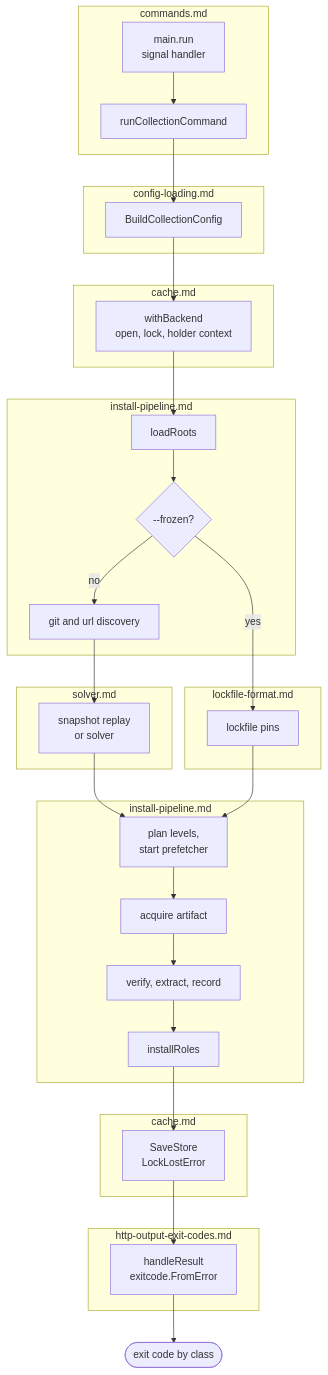
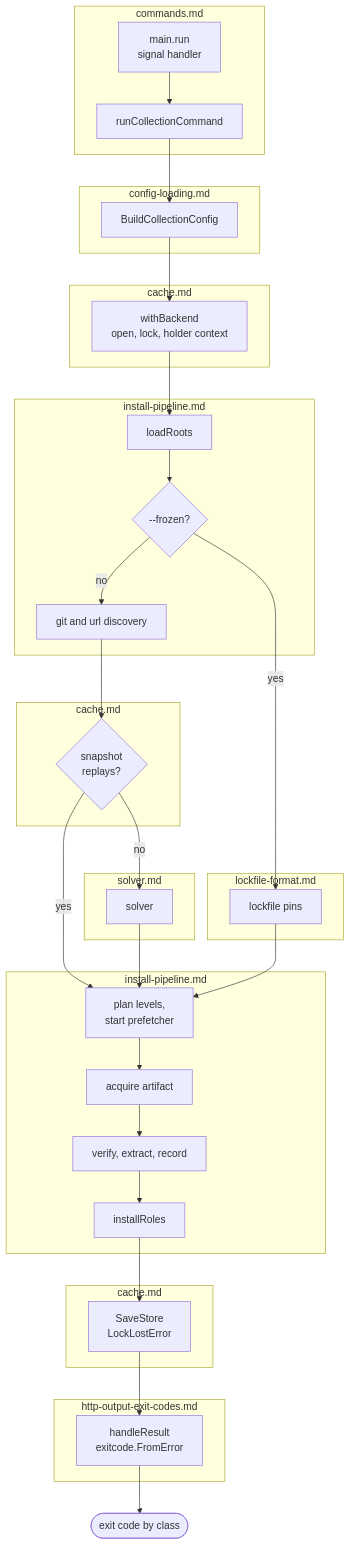
One commit to greeddj/go-galaxy changed the second of 2 diagrams in docs/internals/index.md. Above: the diagram before and after it, drawn with Mermaid. The commit also changed other lines of this file and 36 other files, not shown here.

````diff
--- a/docs/internals/index.md
+++ b/docs/internals/index.md
@@ -154,41 +56,46 @@
 ```mermaid
 flowchart TD
   subgraph S1["commands.md"]
     RUN["main.run<br/>signal handler"]
     RCC["runCollectionCommand"]
   end
   subgraph S2["config-loading.md"]
     BCC["BuildCollectionConfig"]
   end
   subgraph S3["cache.md"]
     WB["withBackend<br/>open, lock, holder context"]
   end
   subgraph S4["install-pipeline.md"]
     ROOTS["loadRoots"]
     FZ{"--frozen?"}
     DISC["git and url discovery"]
   end
+  subgraph S5R["cache.md"]
+    REPLAY{"snapshot<br/>replays?"}
+  end
   subgraph S5["solver.md"]
-    SOLVE["snapshot replay<br/>or solver"]
+    SOLVE["solver"]
   end
   subgraph S6["lockfile-format.md"]
     PINS["lockfile pins"]
   end
   subgraph S7["install-pipeline.md"]
     PLAN["plan levels,<br/>start prefetcher"]
     ACQ["acquire artifact"]
     VX["verify, extract, record"]
     ROLES["installRoles"]
   end
   subgraph S8["cache.md"]
     SAVE["SaveStore<br/>LockLostError"]
   end
   subgraph S9["http-output-exit-codes.md"]
     HR["handleResult<br/>exitcode.FromError"]
   end
   RUN --> RCC --> BCC --> WB --> ROOTS --> FZ
-  FZ -->|no| DISC --> SOLVE --> PLAN
+  FZ -->|no| DISC --> REPLAY
+  REPLAY -->|yes| PLAN
+  REPLAY -->|no| SOLVE --> PLAN
   FZ -->|yes| PINS --> PLAN
   PLAN --> ACQ --> VX --> ROLES --> SAVE --> HR
   HR --> EX(["exit code by class"])
 ```
````
